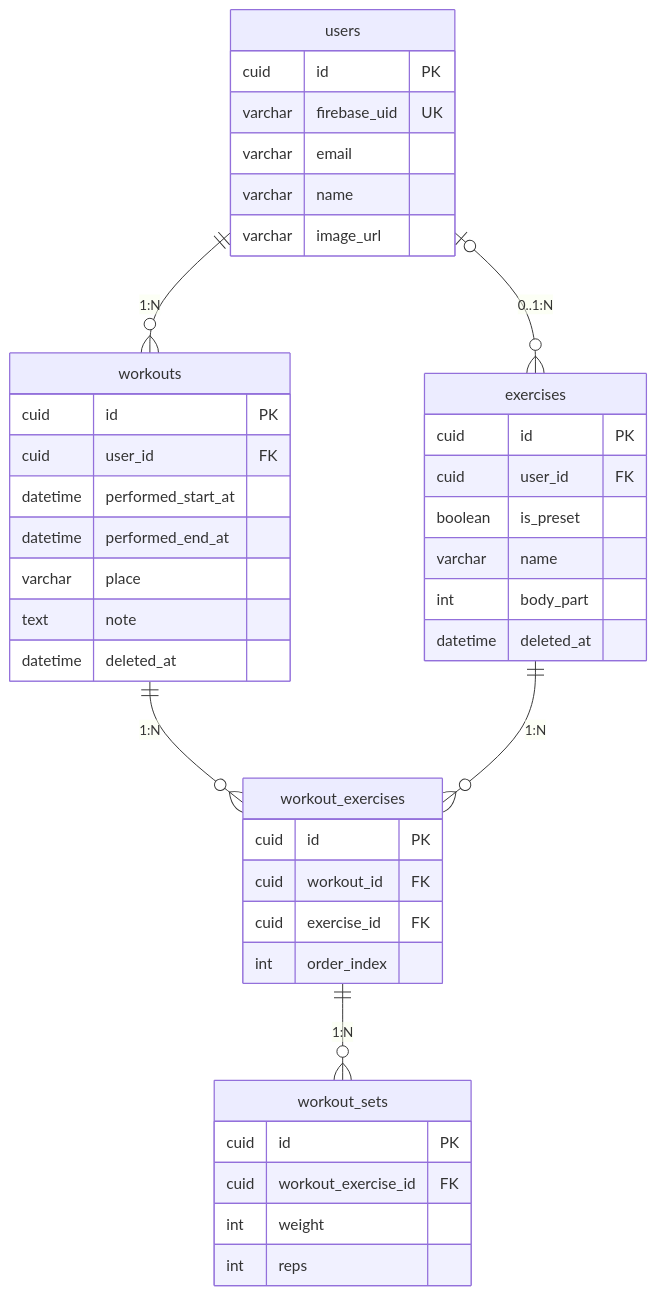
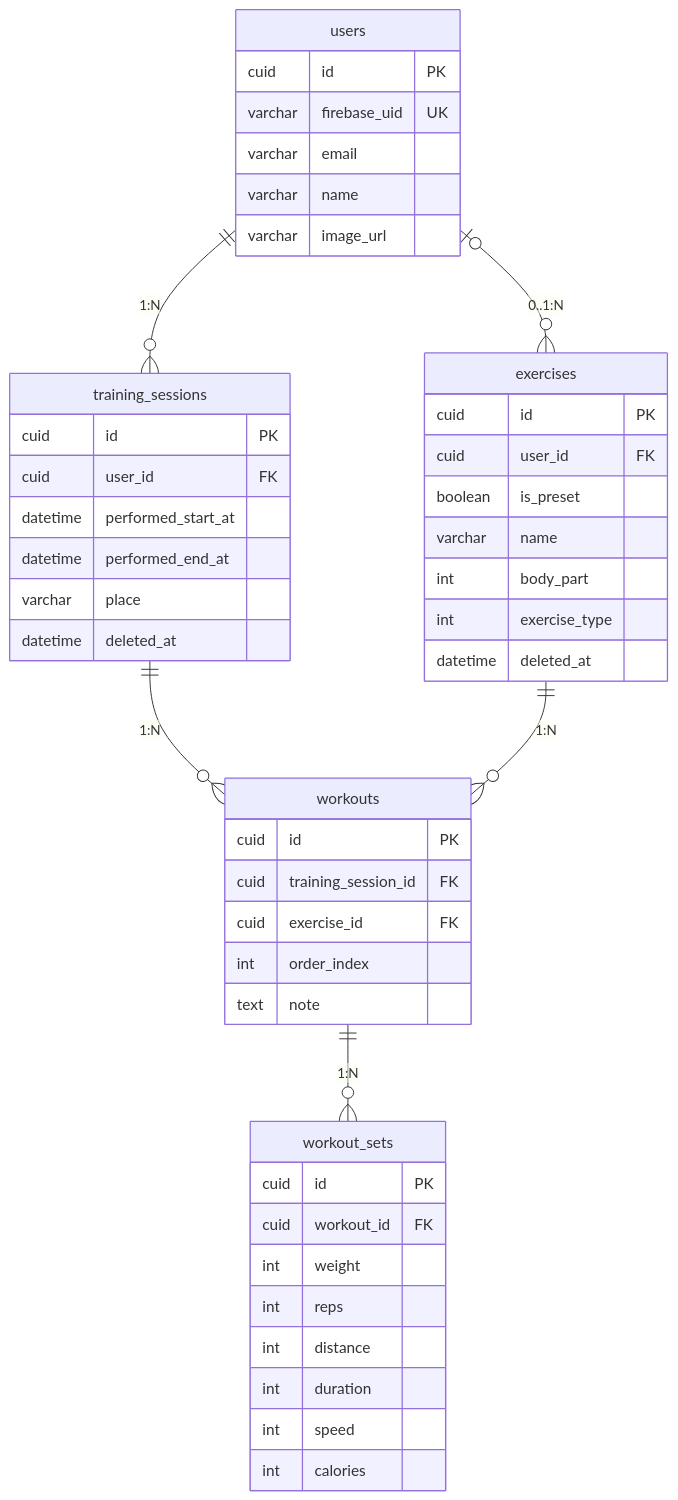
One commit to ANTON072/gym-note-api-ts changed the diagram in docs/db-table-structure.md. Above: the diagram before and after it, drawn with Mermaid. The commit also changed other lines of this file and 3 other files, not shown here.

````diff
--- a/docs/db-table-structure.md
+++ b/docs/db-table-structure.md
@@ -55,49 +58,54 @@
 ```mermaid
 erDiagram
-    users ||--o{ workouts : "1:N"
+    users ||--o{ training_sessions : "1:N"
     users |o--o{ exercises : "0..1:N"
-    workouts ||--o{ workout_exercises : "1:N"
-    exercises ||--o{ workout_exercises : "1:N"
-    workout_exercises ||--o{ workout_sets : "1:N"
+    training_sessions ||--o{ workouts : "1:N"
+    exercises ||--o{ workouts : "1:N"
+    workouts ||--o{ workout_sets : "1:N"
 
     users {
         cuid id PK
         varchar firebase_uid UK
         varchar email
         varchar name
         varchar image_url
     }
 
-    workouts {
+    training_sessions {
         cuid id PK
         cuid user_id FK
         datetime performed_start_at
         datetime performed_end_at
         varchar place
-        text note
         datetime deleted_at
     }
 
     exercises {
         cuid id PK
         cuid user_id FK
         boolean is_preset
         varchar name
         int body_part
+        int exercise_type
         datetime deleted_at
     }
 
-    workout_exercises {
+    workouts {
         cuid id PK
-        cuid workout_id FK
+        cuid training_session_id FK
         cuid exercise_id FK
         int order_index
+        text note
     }
 
     workout_sets {
         cuid id PK
-        cuid workout_exercise_id FK
+        cuid workout_id FK
         int weight
         int reps
+        int distance
+        int duration
+        int speed
+        int calories
     }
 ```
````
